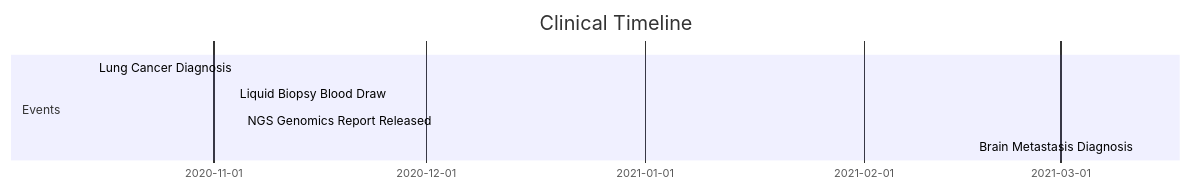
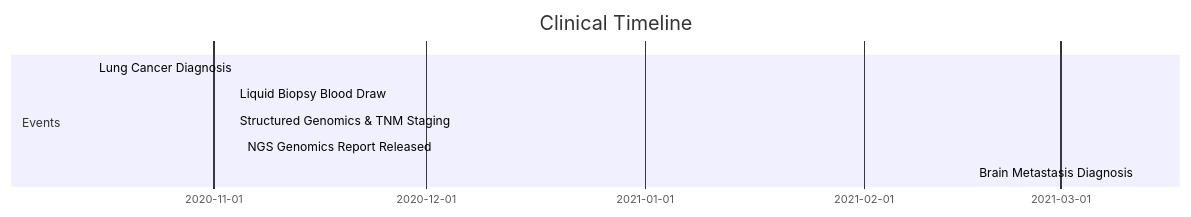
The diagram in packs/specialty/oncology-ngs-biomarker/samples.md (lampadephoros/fhir2omop), drawn with Mermaid before and after one commit. The commit also changed other lines of this file and 3 other files, not shown here.

Commit message:
[oncology-pack] docs: align timelines and document next roadmap tasks

````diff
--- a/packs/specialty/oncology-ngs-biomarker/samples.md
+++ b/packs/specialty/oncology-ngs-biomarker/samples.md
@@ -16,10 +16,11 @@
 ```mermaid
 gantt
     title Clinical Timeline
     dateFormat  YYYY-MM-DD
     section Events
     Lung Cancer Diagnosis             :active, cond1, 2020-10-15, 2020-10-15
     Liquid Biopsy Blood Draw          :active, spec, 2020-11-04, 2020-11-04
+    Structured Genomics & TNM Staging :active, obs, 2020-11-04, 2020-11-04
     NGS Genomics Report Released      :active, dr, 2020-11-05, 2020-11-05
     Brain Metastasis Diagnosis        :active, cond2, 2021-03-12, 2021-03-12
 ```
````
